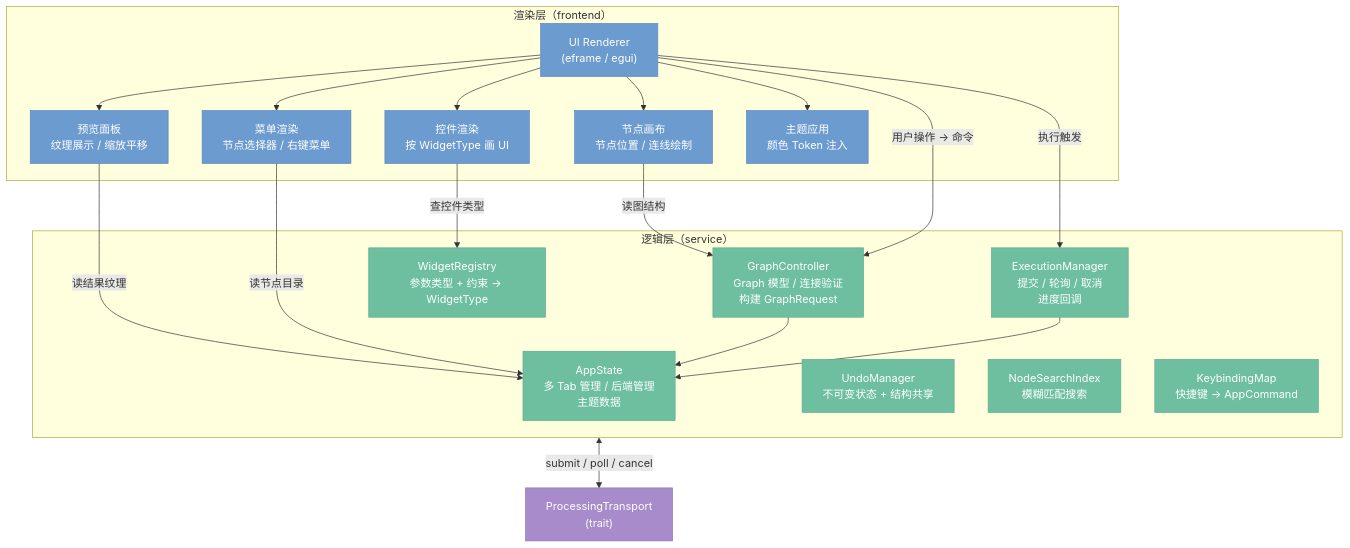
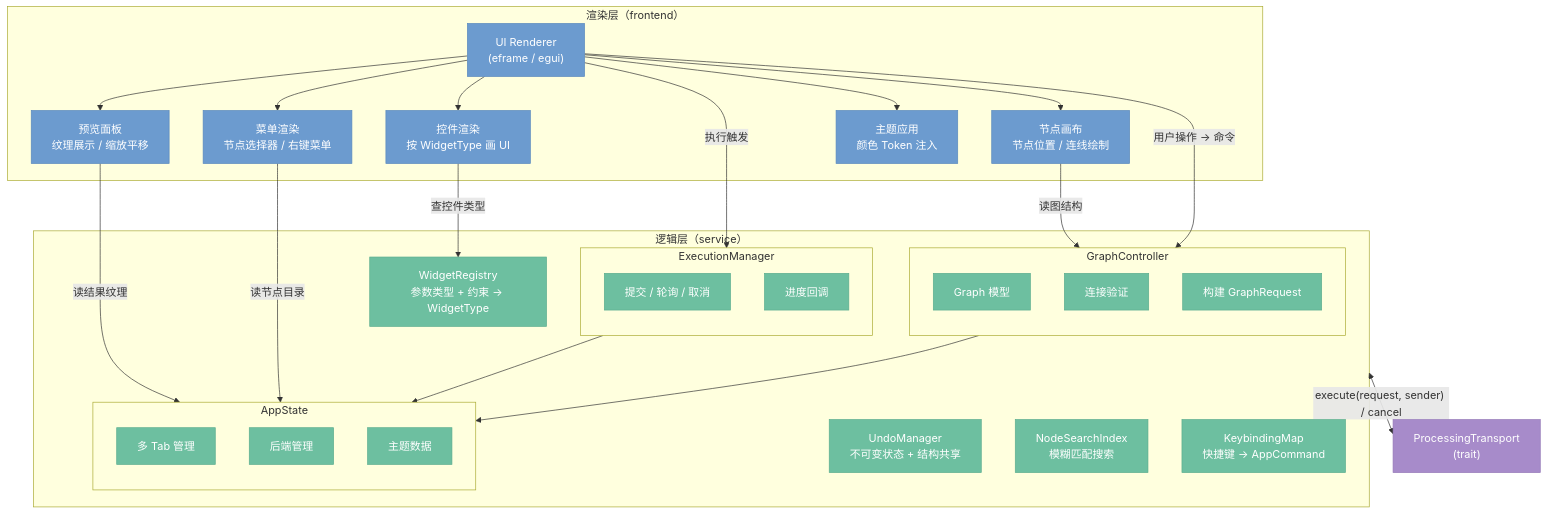
One commit to aporicho/nodeimg changed the first of 11 diagrams in docs/target/06-app.md. Above: the diagram before and after it, drawn with Mermaid. The commit also changed other lines of this file and 56 other files, not shown here.

````diff
--- a/docs/target/06-app.md
+++ b/docs/target/06-app.md
@@ -9,46 +9,63 @@
 ```mermaid
 flowchart TD
     subgraph 渲染层["渲染层（frontend）"]
         UIRenderer["UI Renderer\n(eframe / egui)"]:::frontend
         Canvas["节点画布\n节点位置 / 连线绘制"]:::frontend
         Preview["预览面板\n纹理展示 / 缩放平移"]:::frontend
         WidgetRender["控件渲染\n按 WidgetType 画 UI"]:::frontend
         MenuRender["菜单渲染\n节点选择器 / 右键菜单"]:::frontend
         ThemeApply["主题应用\n颜色 Token 注入"]:::frontend
     end
 
     subgraph 逻辑层["逻辑层（service）"]
-        AppState["AppState\n多 Tab 管理 / 后端管理\n主题数据"]:::service
-        GraphCtrl["GraphController\nGraph 模型 / 连接验证\n构建 GraphRequest"]:::service
-        ExecMgr["ExecutionManager\n提交 / 轮询 / 取消\n进度回调"]:::service
+        subgraph AppState_S["AppState"]
+            direction TB
+            AS_TABS["多 Tab 管理"]:::service
+            AS_BACKEND["后端管理"]:::service
+            AS_THEME["主题数据"]:::service
+        end
+
+        subgraph GraphCtrl_S["GraphController"]
+            direction TB
+            GC_GRAPH["Graph 模型"]:::service
+            GC_VALID["连接验证"]:::service
+            GC_REQ["构建 GraphRequest"]:::service
+        end
+
+        subgraph ExecMgr_S["ExecutionManager"]
+            direction TB
+            EM_SUBMIT["提交 / 轮询 / 取消"]:::service
+            EM_PROGRESS["进度回调"]:::service
+        end
+
         WidgetReg["WidgetRegistry\n参数类型 + 约束 → WidgetType"]:::service
         UndoMgr["UndoManager\n不可变状态 + 结构共享"]:::service
         SearchIdx["NodeSearchIndex\n模糊匹配搜索"]:::service
         KeyMap["KeybindingMap\n快捷键 → AppCommand"]:::service
     end
 
     Transport["ProcessingTransport\n(trait)"]:::transport
 
     UIRenderer --> Canvas
     UIRenderer --> Preview
     UIRenderer --> WidgetRender
     UIRenderer --> MenuRender
     UIRenderer --> ThemeApply
 
     WidgetRender -->|"查控件类型"| WidgetReg
-    Canvas -->|"读图结构"| GraphCtrl
-    Preview -->|"读结果纹理"| AppState
-    MenuRender -->|"读节点目录"| AppState
+    Canvas -->|"读图结构"| GC_GRAPH
+    Preview -->|"读结果纹理"| AS_TABS
+    MenuRender -->|"读节点目录"| AS_BACKEND
 
-    UIRenderer -->|"用户操作 → 命令"| GraphCtrl
-    UIRenderer -->|"执行触发"| ExecMgr
+    UIRenderer -->|"用户操作 → 命令"| GC_VALID
+    UIRenderer -->|"执行触发"| EM_SUBMIT
 
-    GraphCtrl --> AppState
-    ExecMgr --> AppState
+    GraphCtrl_S --> AppState_S
+    ExecMgr_S --> AppState_S
 
-    逻辑层 <-->|"submit / poll / cancel"| Transport
+    逻辑层 <-->|"execute(request, sender) / cancel"| Transport
 
     classDef frontend  fill:#6C9BCF,stroke:#5A89BD,color:#fff
     classDef transport fill:#A78BCA,stroke:#9579B8,color:#fff
     classDef service   fill:#6DBFA0,stroke:#5BAD8E,color:#fff
 ```
````
